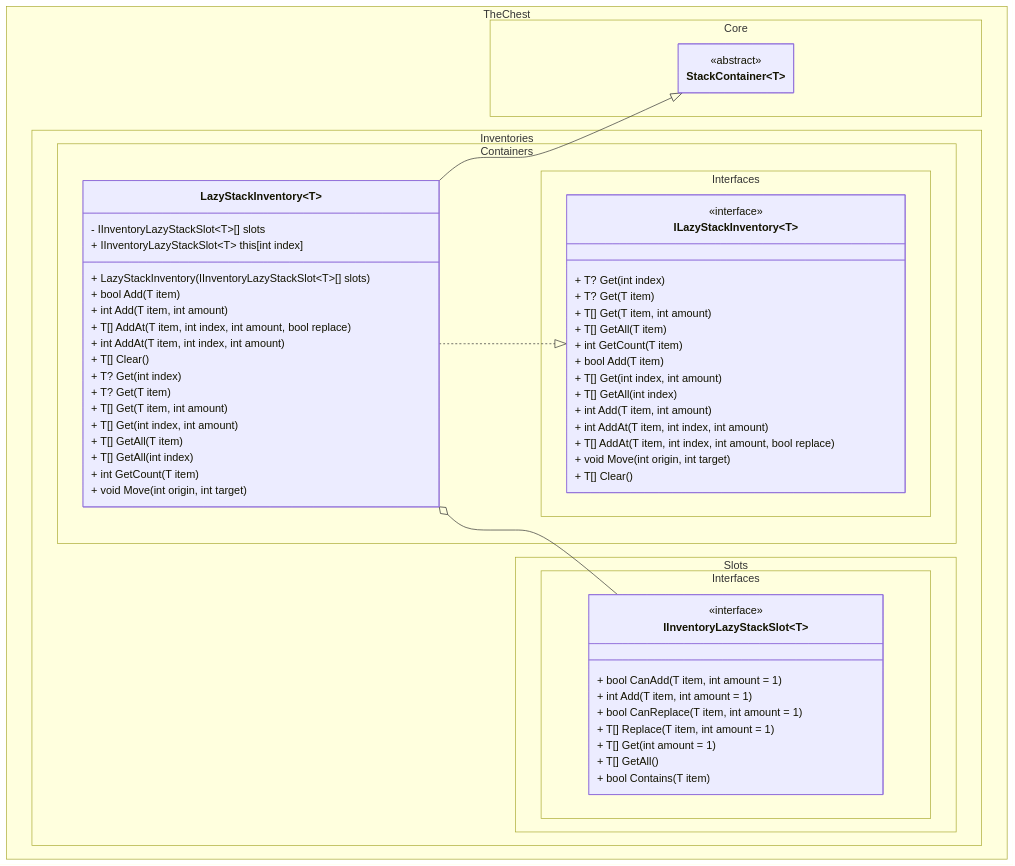
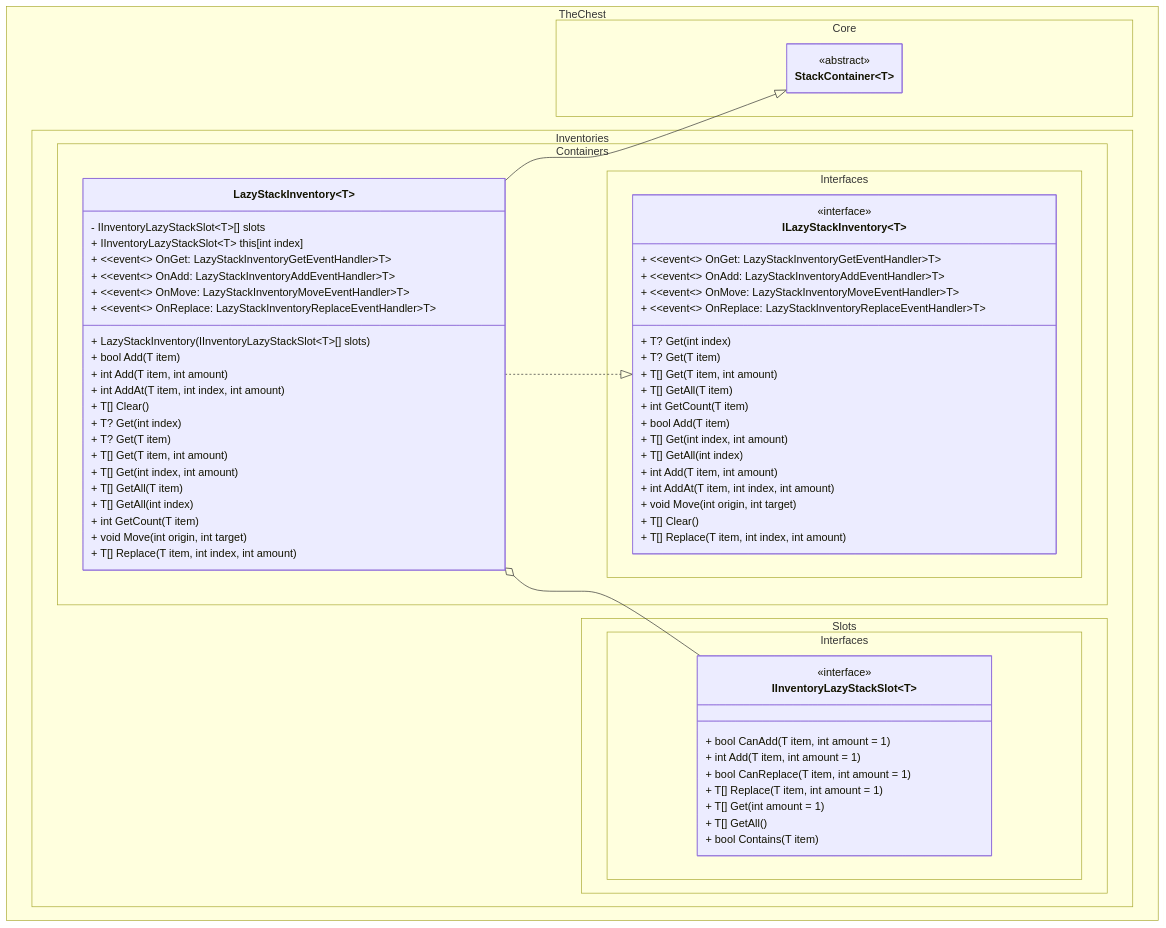
The first of 2 diagrams in docs/lazy_stack_inventory/class_diagram.md (The-Chest/TheChest.Inventories), drawn with Mermaid before and after one commit. The commit also changed other lines of this file and 20 other files, not shown here.

````diff
--- a/docs/lazy_stack_inventory/class_diagram.md
+++ b/docs/lazy_stack_inventory/class_diagram.md
@@ -4,74 +4,82 @@
 ```mermaid
 ---
 config:
   theme: mc
   look: classic
   class:
     hideEmptyMembersBox: true
 ---
 classDiagram
 direction TB
 
 namespace TheChest.Core {
     class StackContainer~T~ {
     }
 }
 <<abstract>> StackContainer
 
 namespace TheChest.Inventories.Containers {
     class LazyStackInventory~T~ {
         - IInventoryLazyStackSlot~T~[] slots
+        + IInventoryLazyStackSlot~T~ this[int index]
         + LazyStackInventory(IInventoryLazyStackSlot~T~[] slots)
-        + IInventoryLazyStackSlot~T~ this[int index]
+	    + ~~event~~ OnGet: LazyStackInventoryGetEventHandler~T~ 
+	    + ~~event~~ OnAdd: LazyStackInventoryAddEventHandler~T~
+	    + ~~event~~ OnMove: LazyStackInventoryMoveEventHandler~T~ 
+	    + ~~event~~ OnReplace: LazyStackInventoryReplaceEventHandler~T~ 
         + bool Add(T item)
         + int Add(T item, int amount)
-        + T[] AddAt(T item, int index, int amount, bool replace)
         + int AddAt(T item, int index, int amount)
         + T[] Clear()
         + T? Get(int index)
         + T? Get(T item)
         + T[] Get(T item, int amount)
         + T[] Get(int index, int amount)
         + T[] GetAll(T item)
         + T[] GetAll(int index)
         + int GetCount(T item)
         + void Move(int origin, int target)
+        + T[] Replace(T item, int index, int amount)
     }
 }
 
 namespace TheChest.Inventories.Slots.Interfaces {
     class IInventoryLazyStackSlot~T~ {
         + bool CanAdd(T item, int amount = 1)
         + int Add(T item, int amount = 1)
         + bool CanReplace(T item, int amount = 1)
         + T[] Replace(T item, int amount = 1)
         + T[] Get(int amount = 1)
         + T[] GetAll()
         + bool Contains(T item)
     }
 }
 <<interface>> IInventoryLazyStackSlot
 
 namespace TheChest.Inventories.Containers.Interfaces {
     class ILazyStackInventory~T~ {
+	    + ~~event~~ OnGet: LazyStackInventoryGetEventHandler~T~ 
+	    + ~~event~~ OnAdd: LazyStackInventoryAddEventHandler~T~ 
+	    + ~~event~~ OnMove: LazyStackInventoryMoveEventHandler~T~ 
+	    + ~~event~~ OnReplace: LazyStackInventoryReplaceEventHandler~T~ 
         + T? Get(int index)
         + T? Get(T item)
         + T[] Get(T item, int amount)
         + T[] GetAll(T item)
         + int GetCount(T item)
         + bool Add(T item)
         + T[] Get(int index, int amount)
         + T[] GetAll(int index)
         + int Add(T item, int amount)
         + int AddAt(T item, int index, int amount)
-        + T[] AddAt(T item, int index, int amount, bool replace)
         + void Move(int origin, int target)
         + T[] Clear()
+        + T[] Replace(T item, int index, int amount)
     }
 }
 <<interface>> ILazyStackInventory
 
 LazyStackInventory~T~ --|> StackContainer~T~
 LazyStackInventory~T~ ..|> ILazyStackInventory~T~
 LazyStackInventory~T~ o-- IInventoryLazyStackSlot~T~
 ```
````
